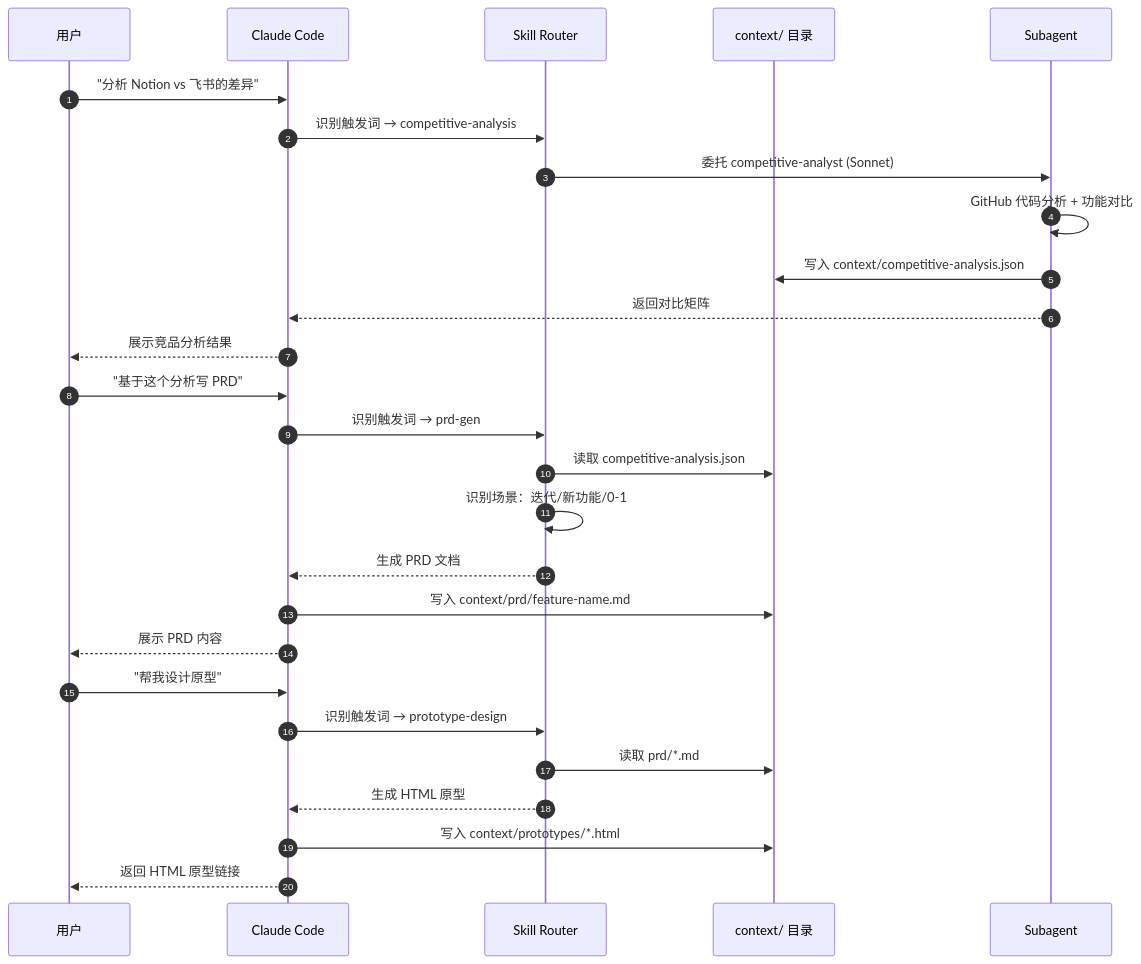
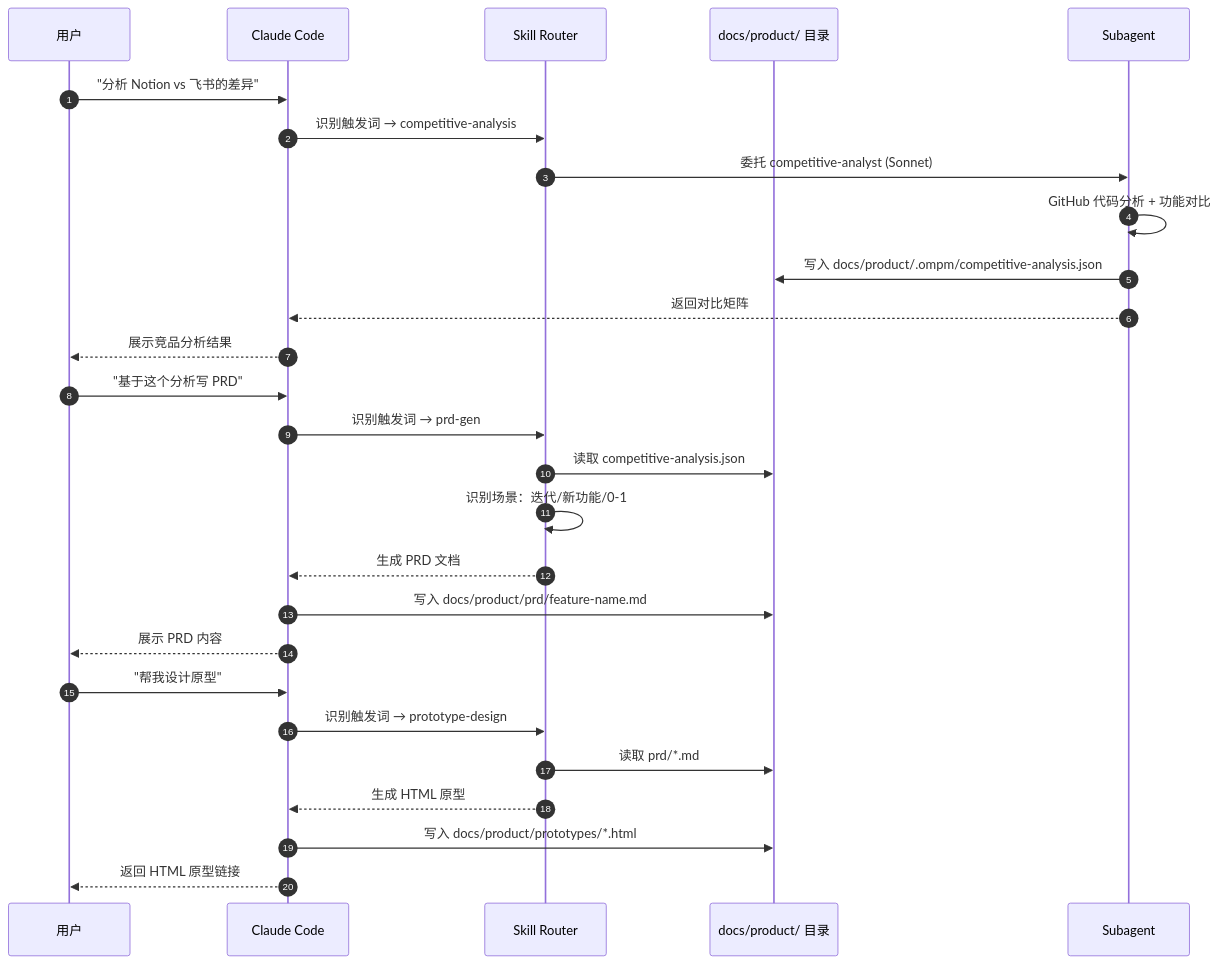
One commit to kelegele/oh-my-pm changed the second of 9 diagrams in docs/architecture/workflow-architecture.md. Above: the diagram before and after it, drawn with Mermaid. The commit also changed other lines of this file and 50 other files, not shown here.

First line of the commit message:
refactor: move context/ to docs/product/ with .ompm/ for intermediate state

````diff
--- a/docs/architecture/workflow-architecture.md
+++ b/docs/architecture/workflow-architecture.md
@@ -51,32 +51,32 @@
 ```mermaid
 sequenceDiagram
     autonumber
     participant U as 用户
     participant CC as Claude Code
     participant SK as Skill Router
-    participant CTX as context/ 目录
+    participant CTX as docs/product/ 目录
     participant SA as Subagent
 
     U->>CC: "分析 Notion vs 飞书的差异"
     CC->>SK: 识别触发词 → competitive-analysis
     SK->>SA: 委托 competitive-analyst (Sonnet)
     SA->>SA: GitHub 代码分析 + 功能对比
-    SA->>CTX: 写入 context/competitive-analysis.json
+    SA->>CTX: 写入 docs/product/.ompm/competitive-analysis.json
     SA-->>CC: 返回对比矩阵
     CC-->>U: 展示竞品分析结果
 
     U->>CC: "基于这个分析写 PRD"
     CC->>SK: 识别触发词 → prd-gen
     SK->>CTX: 读取 competitive-analysis.json
     SK->>SK: 识别场景：迭代/新功能/0-1
     SK-->>CC: 生成 PRD 文档
-    CC->>CTX: 写入 context/prd/feature-name.md
+    CC->>CTX: 写入 docs/product/prd/feature-name.md
     CC-->>U: 展示 PRD 内容
 
     U->>CC: "帮我设计原型"
     CC->>SK: 识别触发词 → prototype-design
     SK->>CTX: 读取 prd/*.md
     SK-->>CC: 生成 HTML 原型
-    CC->>CTX: 写入 context/prototypes/*.html
+    CC->>CTX: 写入 docs/product/prototypes/*.html
     CC-->>U: 返回 HTML 原型链接
 ```
````
